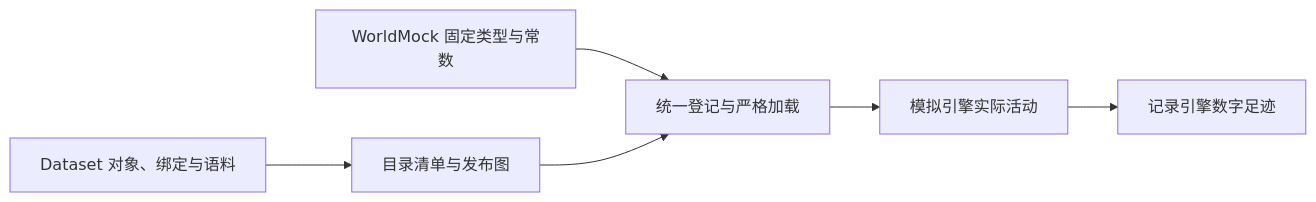
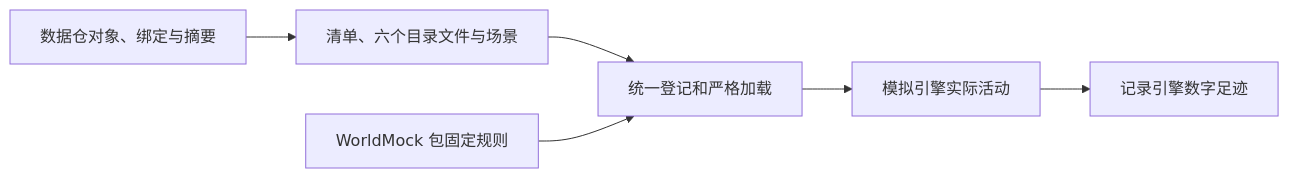
One commit to HoldThatThgt/WorldMock changed the second of 4 diagrams in docs/ARCHITECTURE.md. Above: the diagram before and after it, drawn with Mermaid. The commit also changed other lines of this file and 164 other files, not shown here.

````diff
--- a/docs/ARCHITECTURE.md
+++ b/docs/ARCHITECTURE.md
@@ -193,8 +198,8 @@
 ```mermaid
 flowchart LR
-    D[Dataset 对象、绑定与语料] --> C[目录清单与发布图]
-    X[WorldMock 固定类型与常数] --> A[统一登记与严格加载]
-    C --> A
+    D[数据仓对象、绑定与摘要] --> C[清单、六个目录文件与场景]
+    C --> A[统一登记和严格加载]
+    X[WorldMock 包固定规则] --> A
     A --> S[模拟引擎实际活动]
     S --> F[记录引擎数字足迹]
 ```
````
